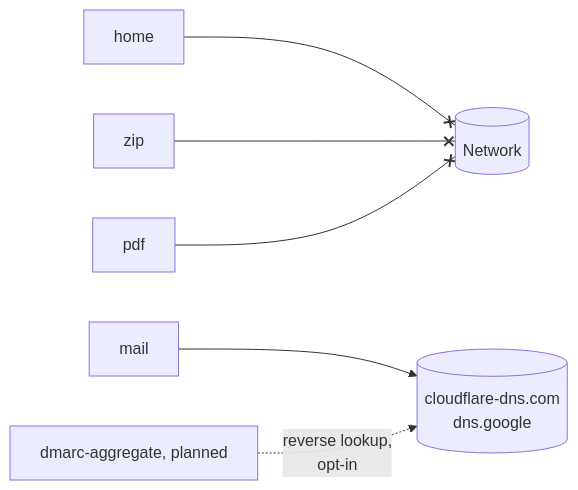
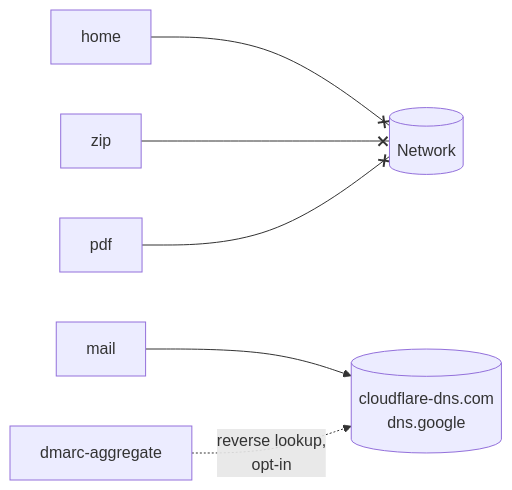
The third of 6 diagrams in docs/explanation/architecture.md (photom/benchside), drawn with Mermaid before and after one commit. The commit also changed other lines of this file and 22 other files, not shown here.

Commit message:
Show host names in the DMARC app with opt-in reverse lookup (step 11b) (#42)

````diff
--- a/docs/explanation/architecture.md
+++ b/docs/explanation/architecture.md
@@ -90,8 +90,8 @@
 ```mermaid
 flowchart LR
   home[home] --x net[(Network)]
   zip[zip] --x net
   pdf[pdf] --x net
   mail[mail] --> doh[(cloudflare-dns.com<br/>dns.google)]
-  dmarc["dmarc-aggregate, planned"] -. "reverse lookup,<br/>opt-in" .-> doh
+  dmarc["dmarc-aggregate"] -. "reverse lookup,<br/>opt-in" .-> doh
 ```
````
